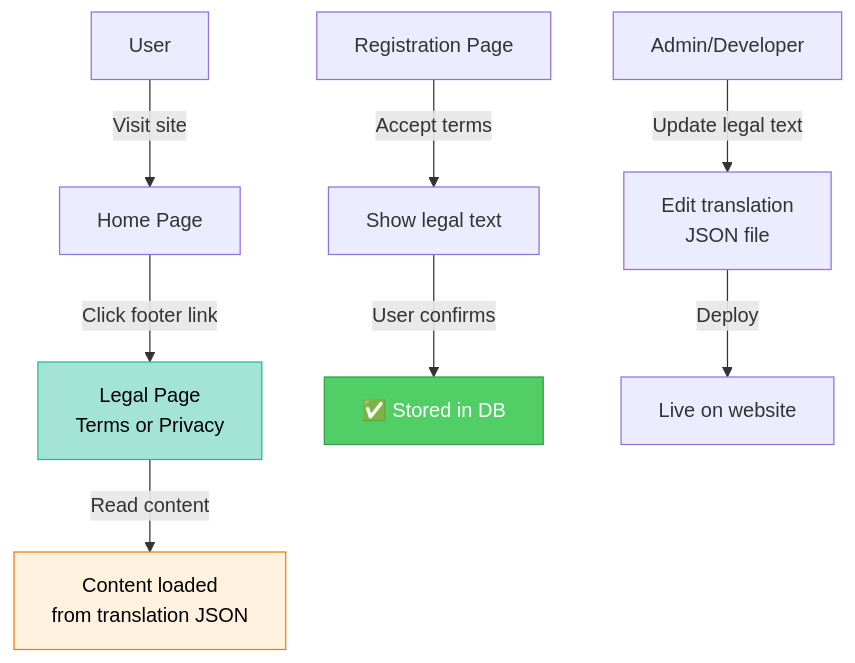
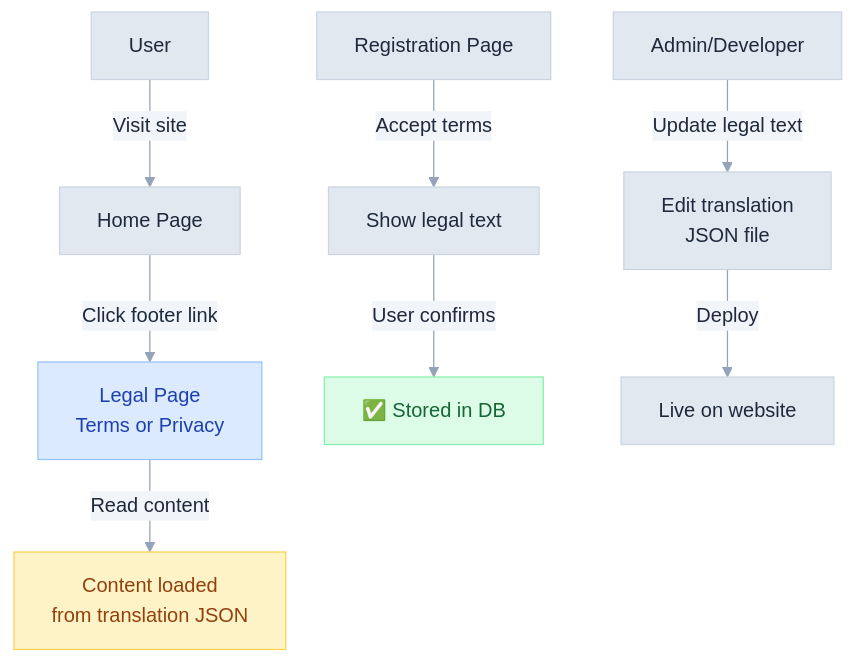
One commit to 3DHDSoft/devmultiplier-academy changed the diagram in doc/legal-pages-integration-guide.md. Above: the diagram before and after it, drawn with Mermaid. The commit also changed 19 other files, not shown here.

````diff
--- a/doc/legal-pages-integration-guide.md
+++ b/doc/legal-pages-integration-guide.md
@@ -19,16 +19,26 @@
 ```mermaid
-graph TD
+%%{init: {'theme': 'base', 'themeVariables': {
+  'primaryColor': '#e2e8f0',
+  'primaryTextColor': '#1e293b',
+  'primaryBorderColor': '#cbd5e1',
+  'lineColor': '#94a3b8',
+  'secondaryColor': '#f1f5f9',
+  'tertiaryColor': '#f8fafc',
+  'background': '#ffffff',
+  'textColor': '#334155',
+  'fontFamily': 'system-ui, -apple-system, sans-serif'
+}}}%%graph TD
     User["User"] -->|Visit site| Home["Home Page"]
     Home -->|Click footer link| Legal["Legal Page<br/>Terms or Privacy"]
     Legal -->|Read content| Content["Content loaded<br/>from translation JSON"]
 
     Signup["Registration Page"] -->|Accept terms| Accept["Show legal text"]
     Accept -->|User confirms| TOS["✅ Stored in DB"]
 
     Admin["Admin/Developer"] -->|Update legal text| JSON["Edit translation<br/>JSON file"]
     JSON -->|Deploy| Prod["Live on website"]
 
-    style Legal fill:#a3e4d7,stroke:#1abc9c,color:#000
-    style TOS fill:#51cf66,stroke:#2f9e44,color:#fff
-    style Content fill:#fff3e0,stroke:#f57c00,color:#000
+    style Legal fill:#dbeafe,stroke:#93c5fd,color:#1e40af
+    style TOS fill:#dcfce7,stroke:#86efac,color:#166534
+    style Content fill:#fef3c7,stroke:#fcd34d,color:#92400e
 ```
````
